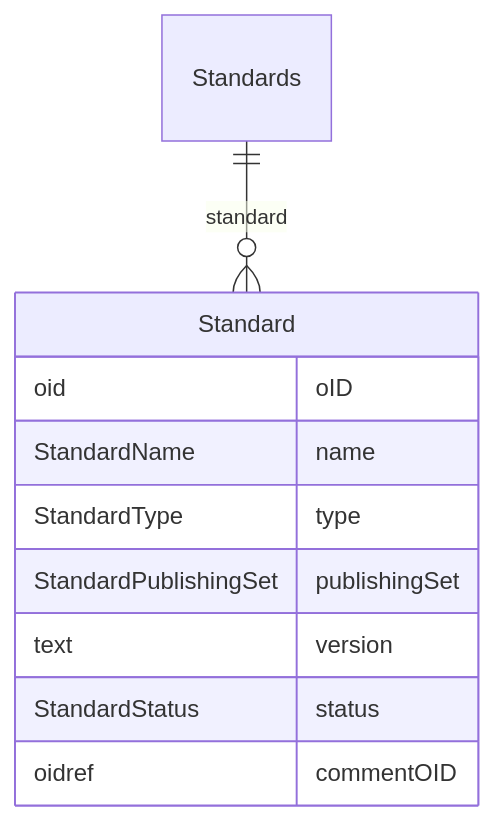
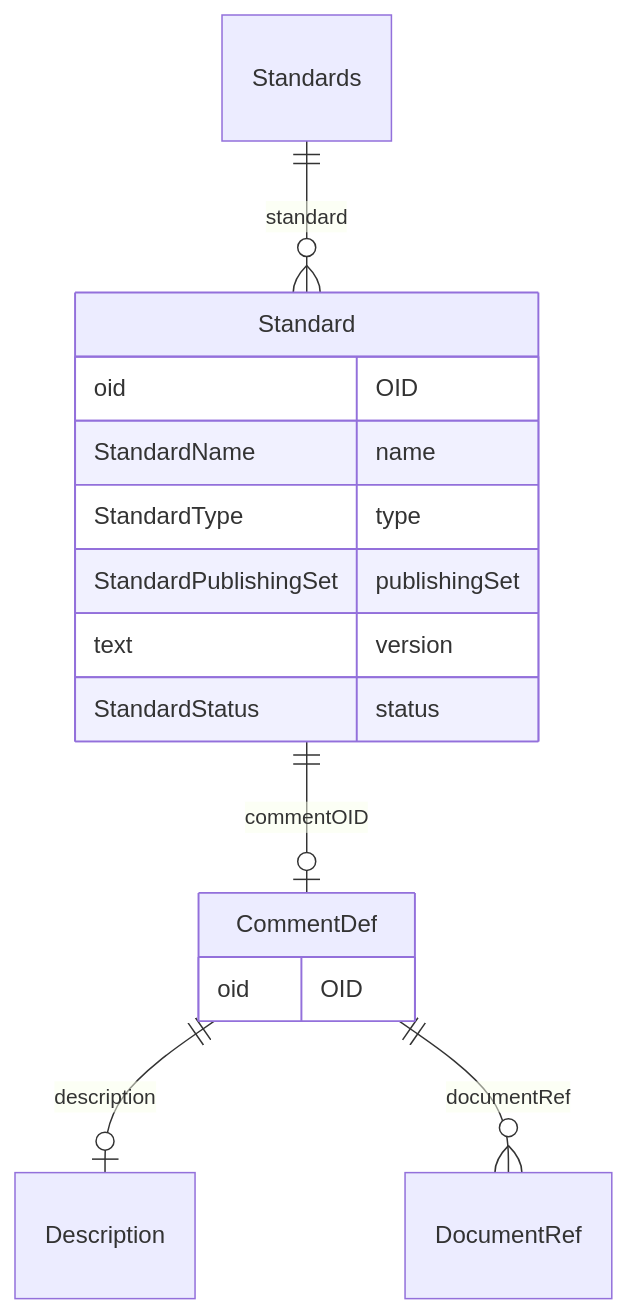
Before and after one commit to cdisc-org/DataExchange-ODM-LinkML: the diagram in docs/Standards.md, drawn with Mermaid. The commit also changed other lines of this file and 338 other files, not shown here.

````diff
--- a/docs/Standards.md
+++ b/docs/Standards.md
@@ -11,18 +11,23 @@
 ```mermaid
 erDiagram
 Standards {
 
 }
 Standard {
-    oid oID  
+    oid OID  
     StandardName name  
     StandardType type  
     StandardPublishingSet publishingSet  
     text version  
     StandardStatus status  
-    oidref commentOID  
+}
+CommentDef {
+    oid OID  
 }
 
 Standards ||--}o Standard : "standard"
+Standard ||--|o CommentDef : "commentOID"
+CommentDef ||--|o Description : "description"
+CommentDef ||--}o DocumentRef : "documentRef"
 
 ```
````
